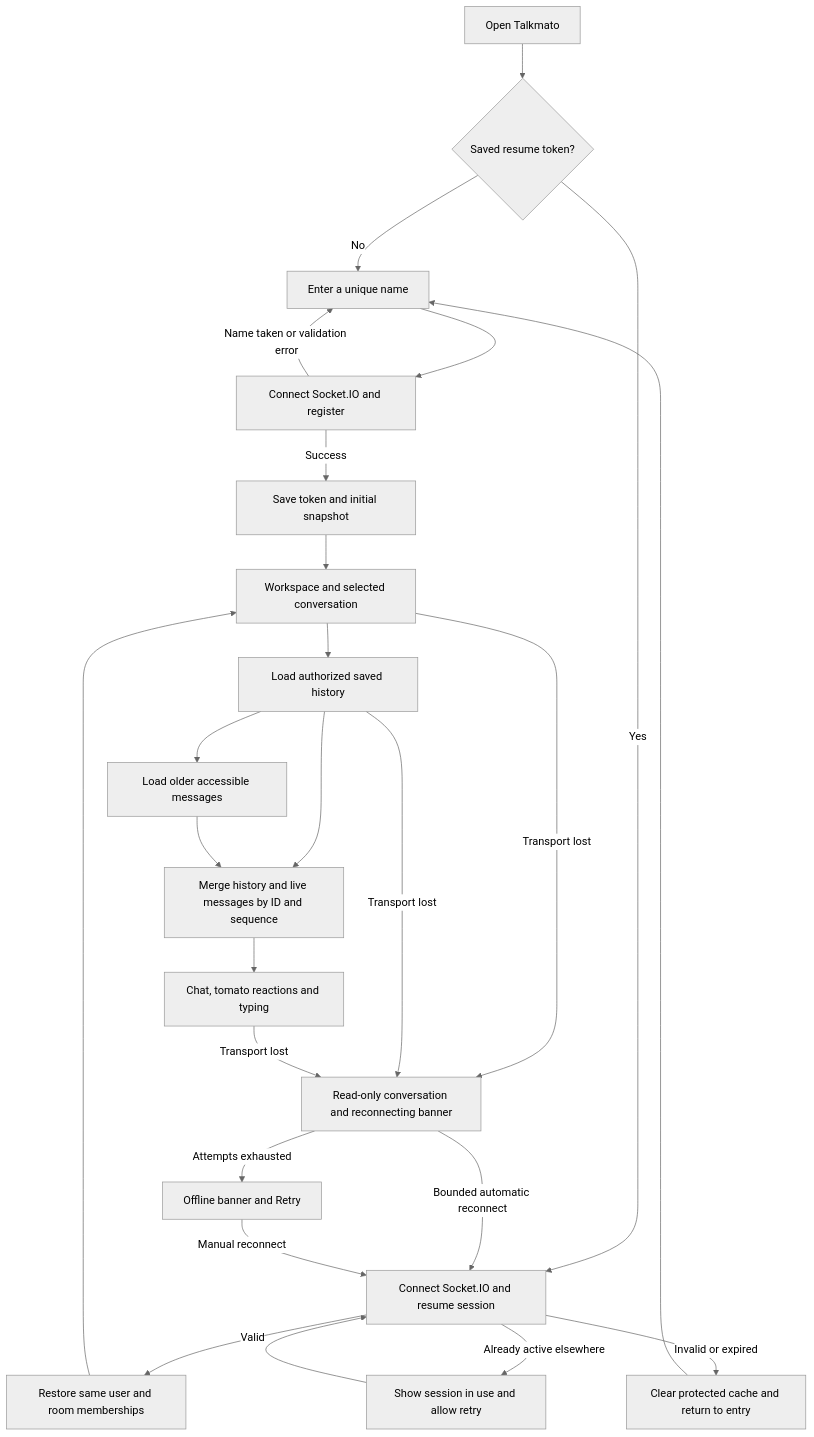
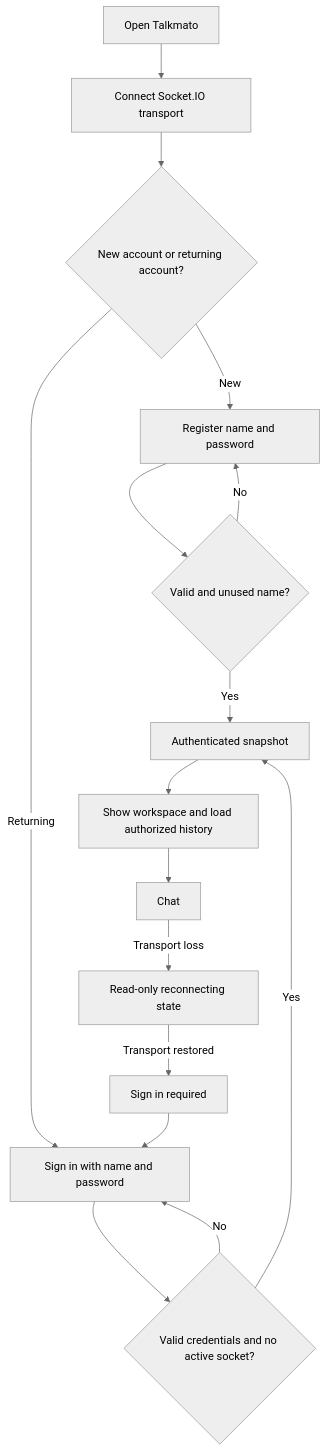
The first of 2 diagrams in docs/ui-ux.md (Azther0z/computer-network-project), drawn with Mermaid (neutral theme) before and after one commit. The commit also changed other lines of this file and 8 other files, not shown here.

````diff
--- a/docs/ui-ux.md
+++ b/docs/ui-ux.md
@@ -51,27 +17,18 @@
 ```mermaid
 flowchart TD
-    A[Open Talkmato] --> B{Saved resume token?}
-    B -->|No| C[Enter a unique name]
-    C --> D[Connect Socket.IO and register]
-    D -->|Name taken or validation error| C
-    D -->|Success| E[Save token and initial snapshot]
-    B -->|Yes| F[Connect Socket.IO and resume session]
-    F -->|Valid| G[Restore same user and room memberships]
-    F -->|Invalid or expired| H[Clear protected cache and return to entry]
-    F -->|Already active elsewhere| I[Show session in use and allow retry]
-    H --> C
-    I --> F
-    E --> J[Workspace and selected conversation]
-    G --> J
-    J --> K[Load authorized saved history]
-    K --> L[Merge history and live messages by ID and sequence]
-    L --> M[Chat, tomato reactions and typing]
-    K --> O[Load older accessible messages]
-    O --> L
-    J -->|Transport lost| N[Read-only conversation and reconnecting banner]
-    K -->|Transport lost| N
-    M -->|Transport lost| N
-    N -->|Bounded automatic reconnect| F
-    N -->|Attempts exhausted| P[Offline banner and Retry]
-    P -->|Manual reconnect| F
+    A[Open Talkmato] --> B[Connect Socket.IO transport]
+    B --> C{New account or returning account?}
+    C -->|New| D[Register name and password]
+    C -->|Returning| E[Sign in with name and password]
+    D --> F{Valid and unused name?}
+    E --> G{Valid credentials and no active socket?}
+    F -->|No| D
+    G -->|No| E
+    F -->|Yes| H[Authenticated snapshot]
+    G -->|Yes| H
+    H --> I[Show workspace and load authorized history]
+    I --> J[Chat]
+    J -->|Transport loss| K[Read-only reconnecting state]
+    K -->|Transport restored| L[Sign in required]
+    L --> E
 ```
````
